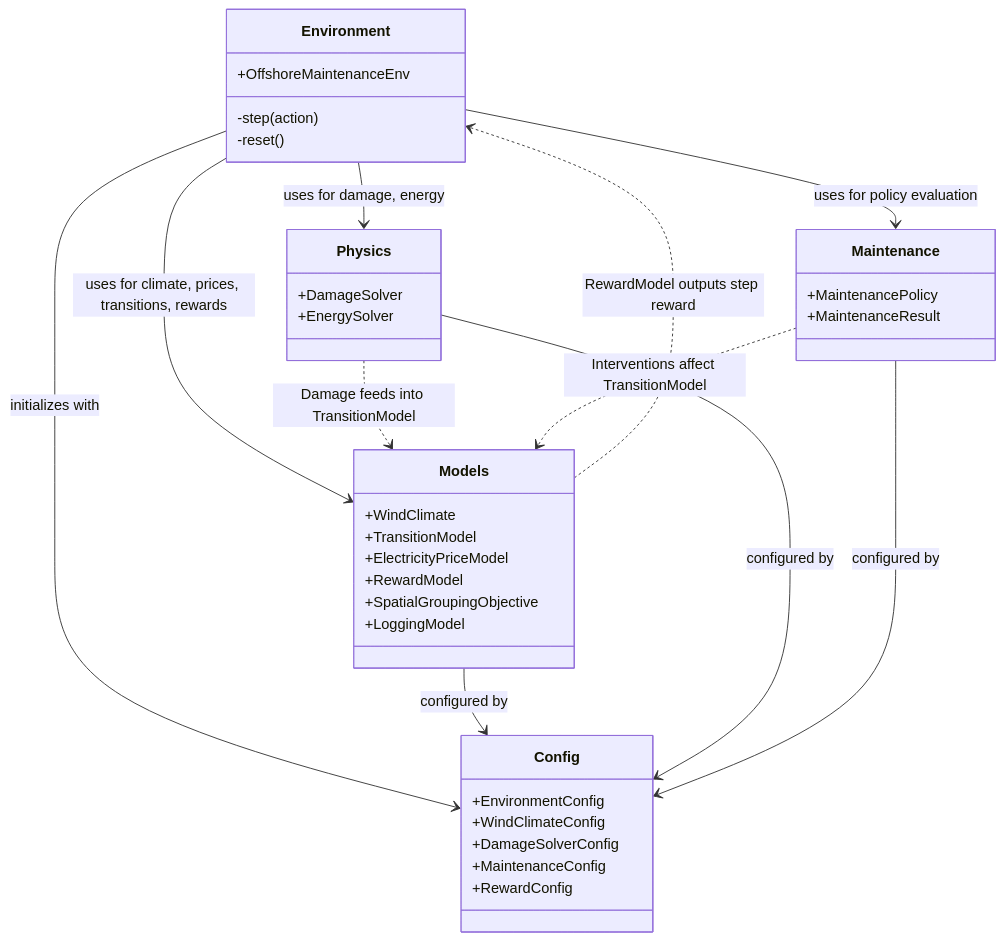
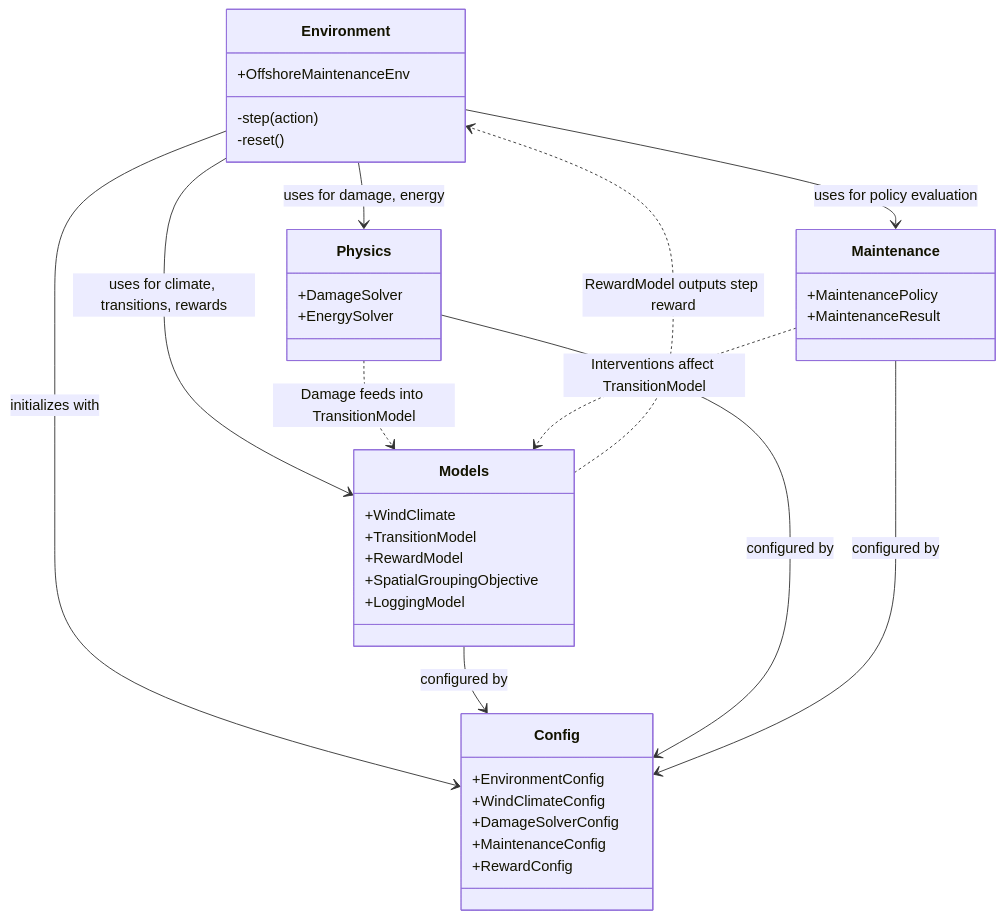
One commit to andriepasca/whisper-rl changed the diagram in README.md. Above: the diagram before and after it, drawn with Mermaid. The commit also changed other lines of this file and 32 other files, not shown here.

````diff
--- a/README.md
+++ b/README.md
@@ -16,48 +16,47 @@
 ```mermaid
 classDiagram
     class Environment {
         +OffshoreMaintenanceEnv
         -step(action)
         -reset()
     }
 
     class Config {
         +EnvironmentConfig
         +WindClimateConfig
         +DamageSolverConfig
         +MaintenanceConfig
         +RewardConfig
     }
 
     class Models {
         +WindClimate
         +TransitionModel
-        +ElectricityPriceModel
         +RewardModel
         +SpatialGroupingObjective
         +LoggingModel
     }
 
     class Physics {
         +DamageSolver
         +EnergySolver
     }
 
     class Maintenance {
         +MaintenancePolicy
         +MaintenanceResult
     }
 
     Environment --> Config : initializes with
-    Environment --> Models : uses for climate, prices, transitions, rewards
+    Environment --> Models : uses for climate, transitions, rewards
     Environment --> Physics : uses for damage, energy
     Environment --> Maintenance : uses for policy evaluation
 
     Models --> Config : configured by
     Physics --> Config : configured by
     Maintenance --> Config : configured by
 
     Physics ..> Models : Damage feeds into TransitionModel
     Maintenance ..> Models : Interventions affect TransitionModel
     Models ..> Environment : RewardModel outputs step reward
 ```
````
